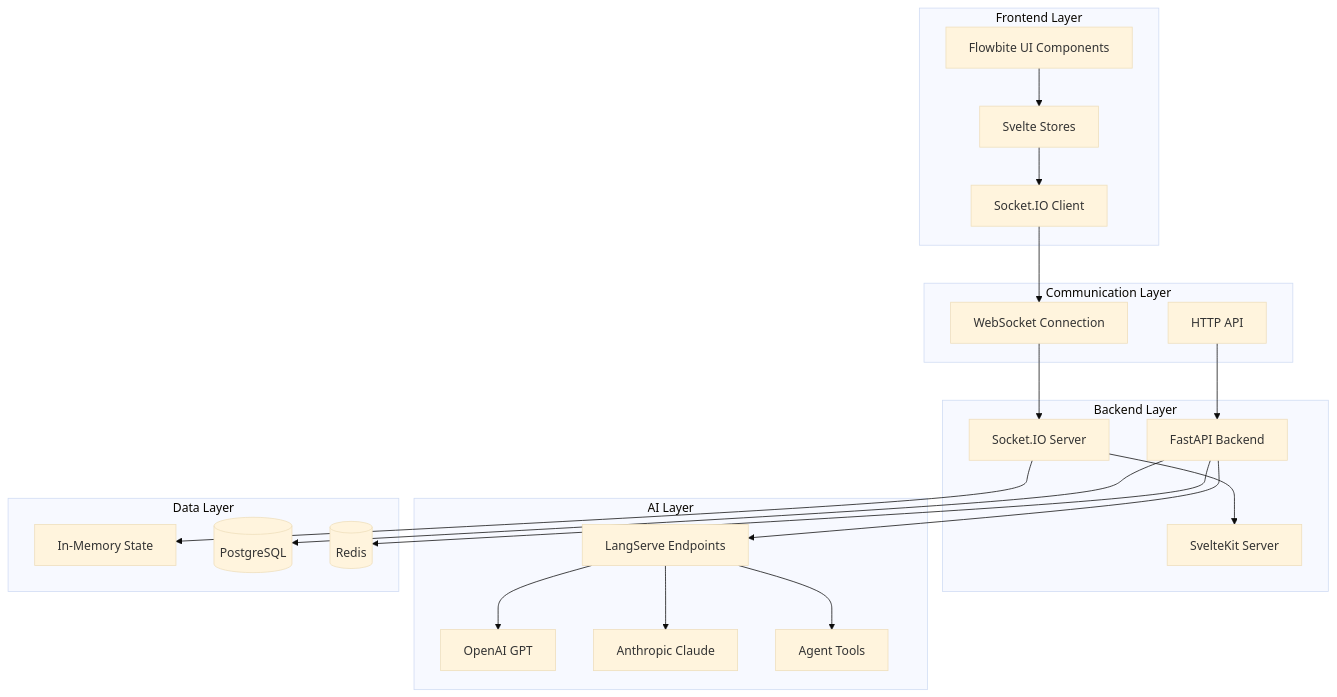
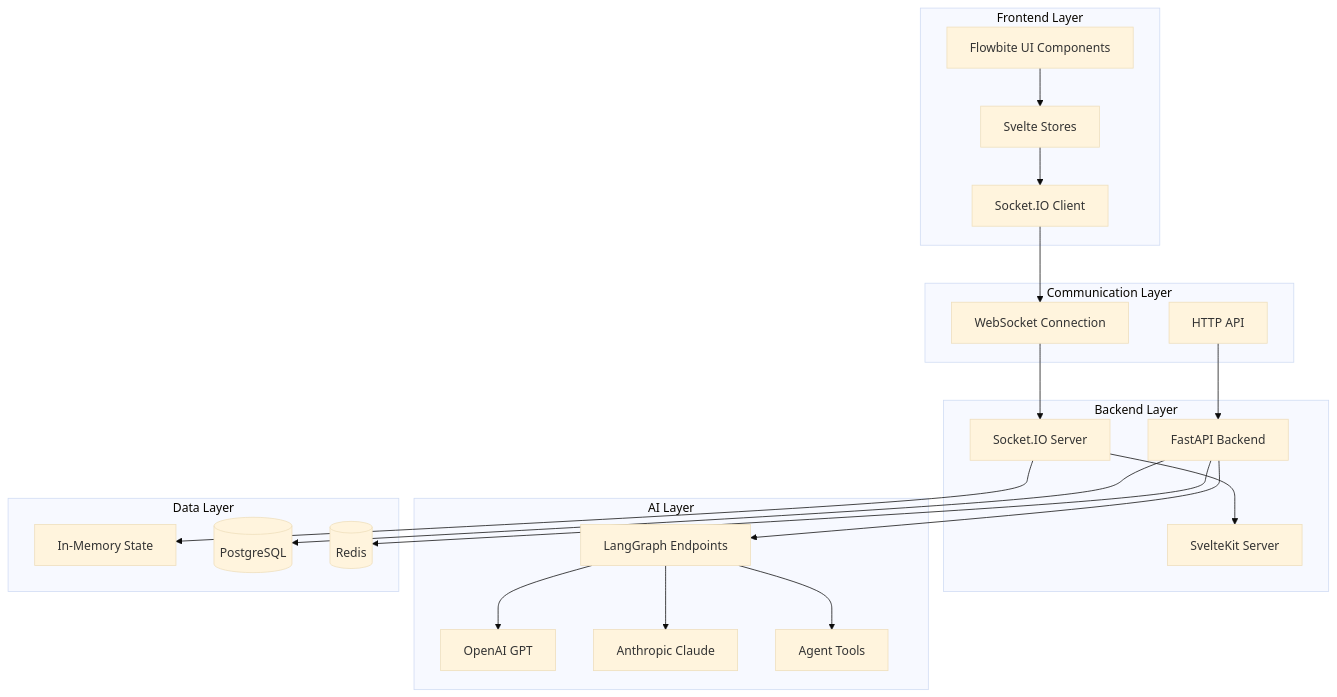
Before and after one commit to synergyai-nl/svelte-langserve: the first of 3 diagrams in docs/advanced/architecture.md, drawn with Mermaid (base theme). The commit also changed other lines of this file and 11 other files, not shown here.

First line of the commit message:
📚 Complete documentation migration from LangServe to LangGraph

````diff
--- a/docs/advanced/architecture.md
+++ b/docs/advanced/architecture.md
@@ -9,46 +9,46 @@
 ```mermaid
 graph TB
     subgraph "Frontend Layer"
         UI[Flowbite UI Components]
         Store[Svelte Stores]
         Socket[Socket.IO Client]
     end
     
     subgraph "Communication Layer"
         WS[WebSocket Connection]
         HTTP[HTTP API]
     end
     
     subgraph "Backend Layer"
         SvelteKit[SvelteKit Server]
         SocketServer[Socket.IO Server]
         FastAPI[FastAPI Backend]
     end
     
     subgraph "AI Layer"
-        LangServe[LangServe Endpoints]
+        LangGraph[LangGraph Endpoints]
         OpenAI[OpenAI GPT]
         Anthropic[Anthropic Claude]
         Tools[Agent Tools]
     end
     
     subgraph "Data Layer"
         Memory[In-Memory State]
         DB[(PostgreSQL)]
         Cache[(Redis)]
     end
     
     UI --> Store
     Store --> Socket
     Socket --> WS
     WS --> SocketServer
     SocketServer --> SvelteKit
     HTTP --> FastAPI
-    FastAPI --> LangServe
-    LangServe --> OpenAI
-    LangServe --> Anthropic
-    LangServe --> Tools
+    FastAPI --> LangGraph
+    LangGraph --> OpenAI
+    LangGraph --> Anthropic
+    LangGraph --> Tools
     SocketServer --> Memory
     FastAPI --> DB
     FastAPI --> Cache
 ```
````
